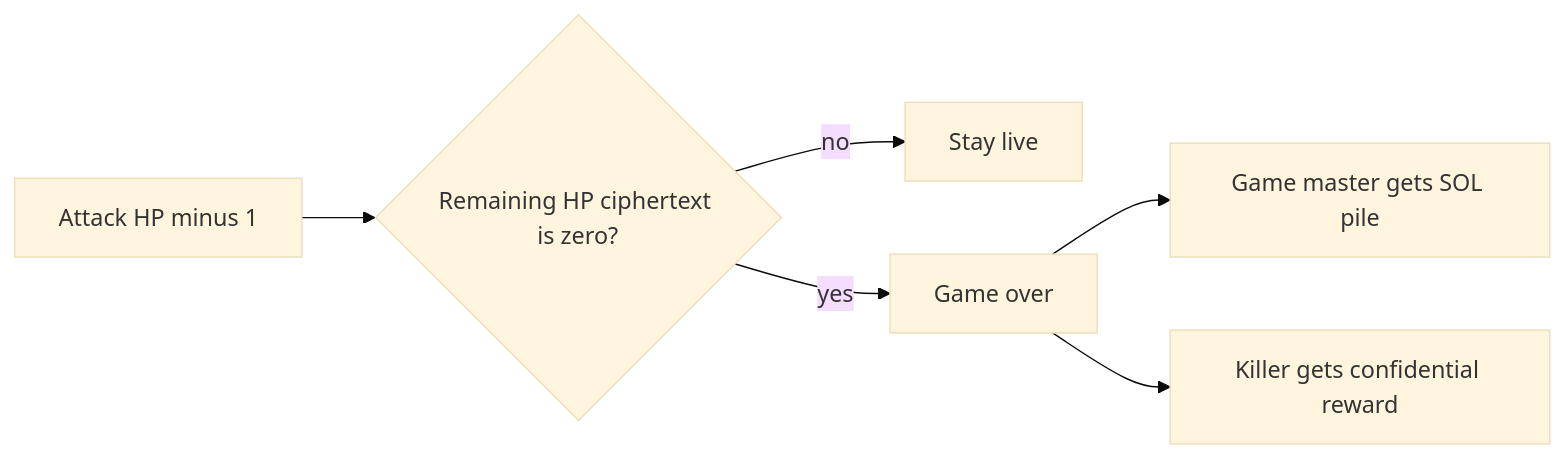
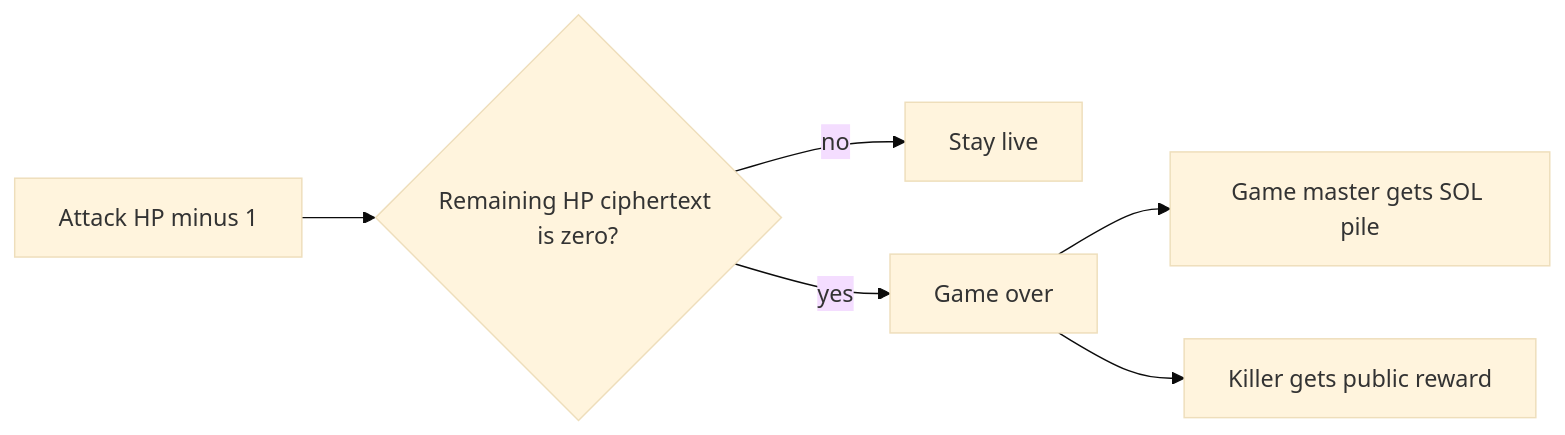
Before and after one commit to kilogold/confidential-pinata: the first of 2 diagrams in docs/program.md, drawn with Mermaid (base theme). The commit also changed other lines of this file and 8 other files, not shown here.

````diff
--- a/docs/program.md
+++ b/docs/program.md
@@ -27,9 +16,9 @@
 ```mermaid
 flowchart LR
   attack[Attack HP minus 1]
   attack --> proof{"Remaining HP ciphertext is zero?"}
   proof -->|no| live[Stay live]
   proof -->|yes| settle[Game over]
   settle --> gm[Game master gets SOL pile]
-  settle --> killer[Killer gets confidential reward]
+  settle --> killer[Killer gets public reward]
 ```
````
